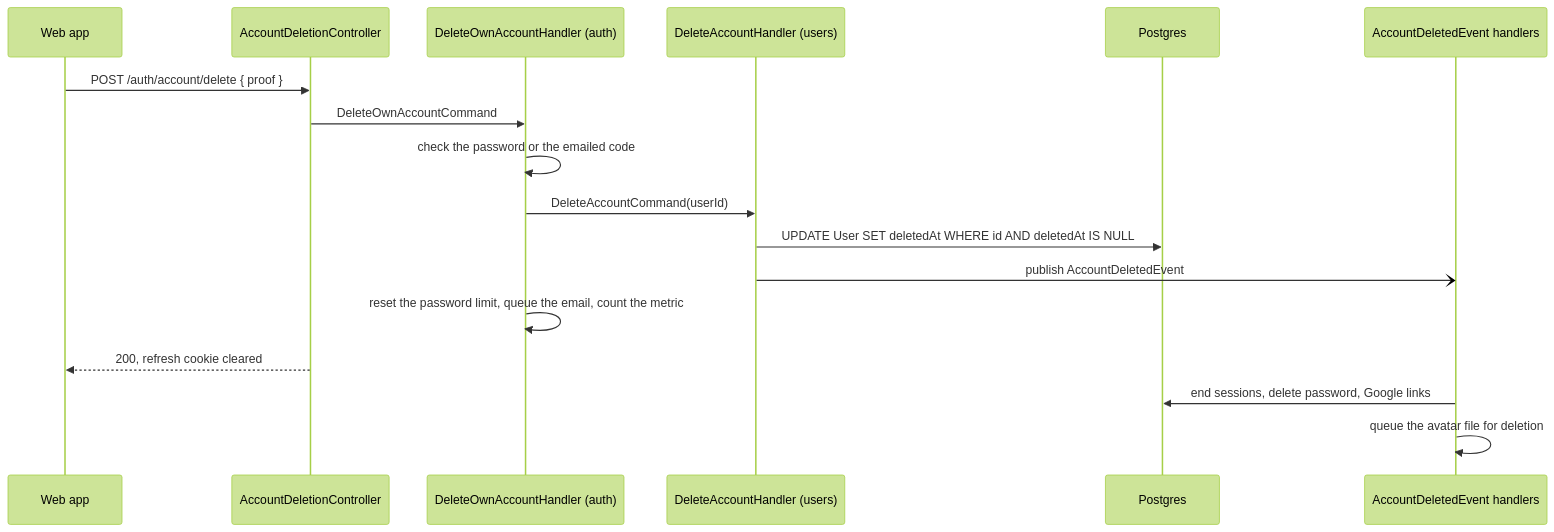
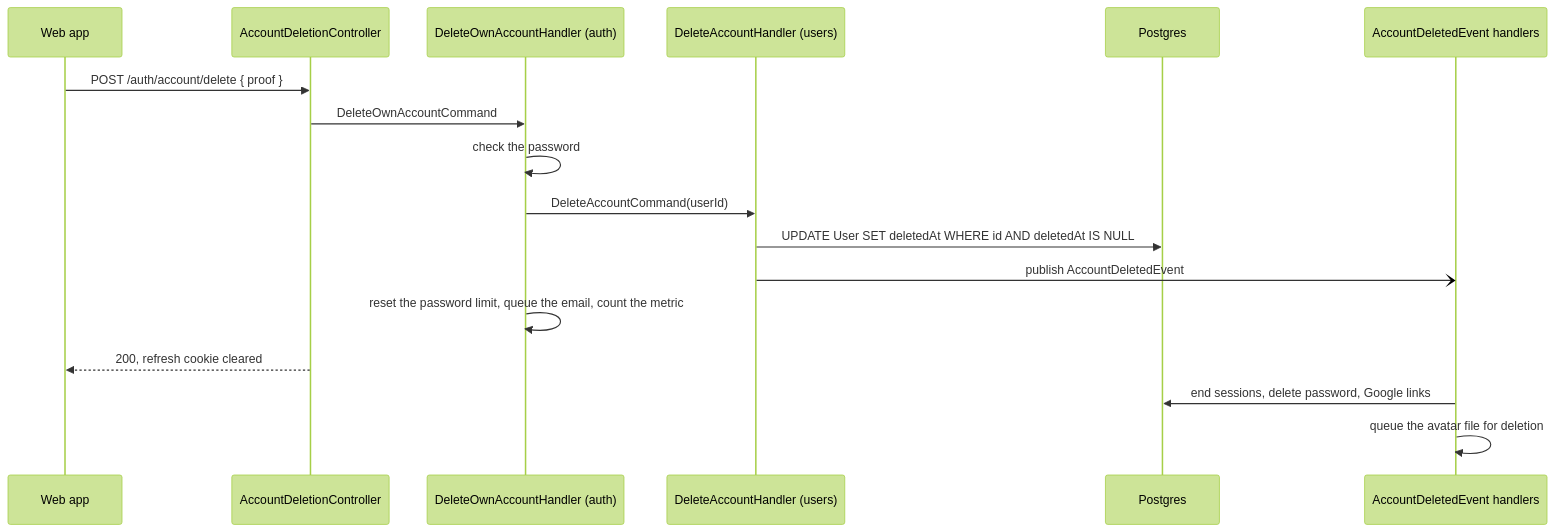
One commit to StoriuSs/NezFocus-Backend changed the diagram in docs/account-deletion.md. Above: the diagram before and after it, drawn with Mermaid (forest theme). The commit also changed other lines of this file and 143 other files, not shown here.

````diff
--- a/docs/account-deletion.md
+++ b/docs/account-deletion.md
@@ -75,19 +74,19 @@
 ```mermaid
 sequenceDiagram
     participant W as Web app
     participant C as AccountDeletionController
     participant D as DeleteOwnAccountHandler (auth)
     participant U as DeleteAccountHandler (users)
     participant DB as Postgres
     participant E as AccountDeletedEvent handlers
     W->>C: POST /auth/account/delete { proof }
     C->>D: DeleteOwnAccountCommand
-    D->>D: check the password or the emailed code
+    D->>D: check the password
     D->>U: DeleteAccountCommand(userId)
     U->>DB: UPDATE User SET deletedAt WHERE id AND deletedAt IS NULL
     U-)E: publish AccountDeletedEvent
     D->>D: reset the password limit, queue the email, count the metric
     C-->>W: 200, refresh cookie cleared
     E->>DB: end sessions, delete password, Google links
     E->>E: queue the avatar file for deletion
 ```
````
